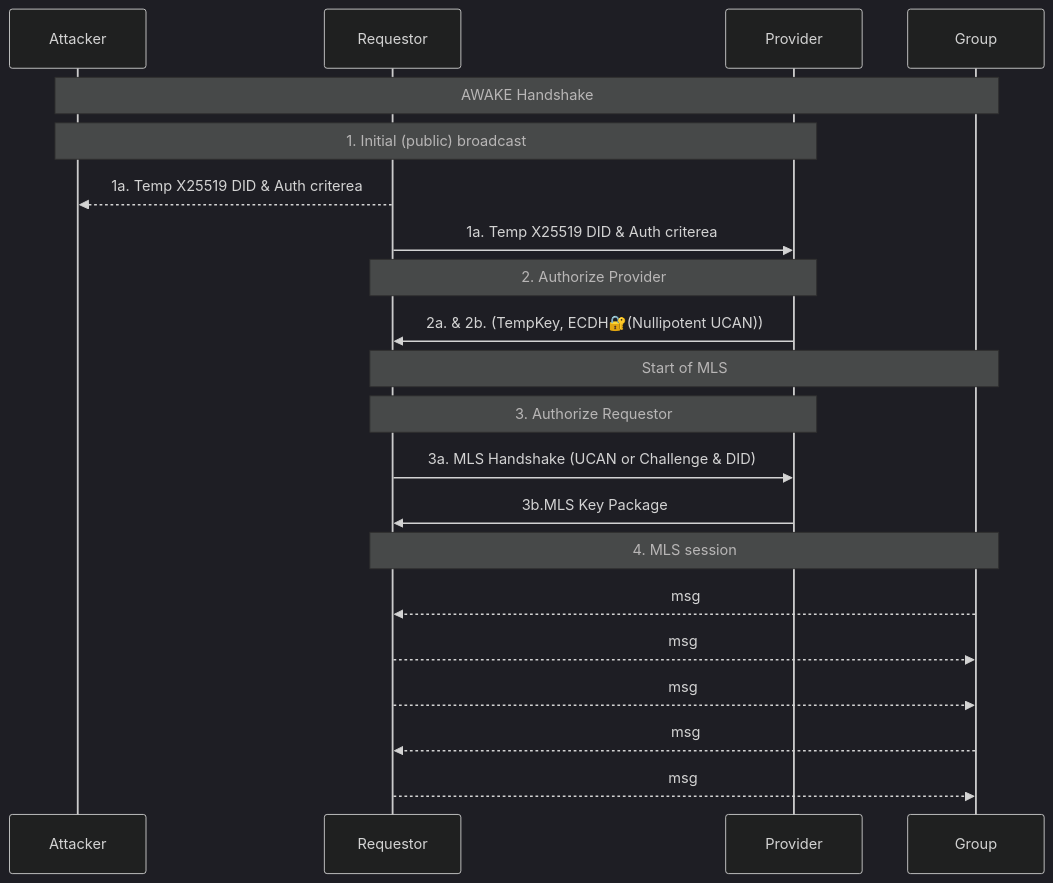
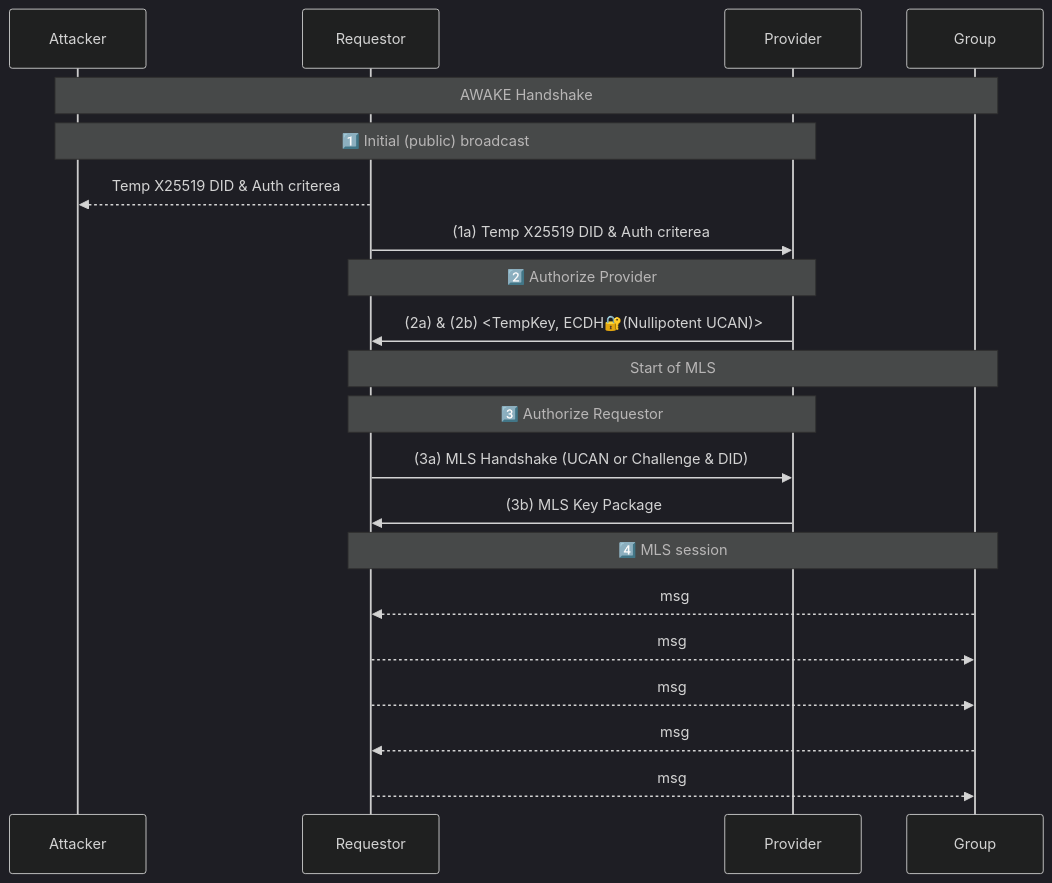
One commit to ucan-wg/awake changed the second of 7 diagrams in README.md. Above: the diagram before and after it, drawn with Mermaid (dark theme).

Commit message:
Some emoji... as a treat!

````diff
--- a/README.md
+++ b/README.md
@@ -138,27 +138,28 @@
-```mermaid
+``` mermaid
 sequenceDiagram
     participant Attacker
     participant Requestor
     participant Provider
     participant Group
 
     Note over Attacker, Group : AWAKE Handshake
-    Note over Attacker, Provider : 1. Initial (public) broadcast
-        Requestor -->> Attacker: 1a. Temp X25519 DID & Auth criterea
-        Requestor ->> Provider: 1a. Temp X25519 DID & Auth criterea
+    Note over Attacker, Provider : 1️⃣ Initial (public) broadcast
 
-    Note over Requestor, Provider: 2. Authorize Provider
-        Provider ->> Requestor: 2a. & 2b. (TempKey, ECDH🔐(Nullipotent UCAN))
+        Requestor -->> Attacker: Temp X25519 DID & Auth criterea
+        Requestor ->> Provider: (1a) Temp X25519 DID & Auth criterea
+
+    Note over Requestor, Provider: 2️⃣ Authorize Provider
+        Provider ->> Requestor: (2a) & (2b) <TempKey, ECDH🔐(Nullipotent UCAN)>
 
     Note over Requestor, Group: Start of MLS
-    Note over Requestor, Provider: 3. Authorize Requestor
-        Requestor ->> Provider: 3a. MLS Handshake (UCAN or Challenge & DID)
-        Provider  ->> Requestor: 3b.MLS Key Package
+    Note over Requestor, Provider: 3️⃣ Authorize Requestor
+        Requestor ->> Provider: (3a) MLS Handshake (UCAN or Challenge & DID)
+        Provider  ->> Requestor: (3b) MLS Key Package
 
-    Note over Requestor, Group: 4. MLS session
+    Note over Requestor, Group: 4️⃣ MLS session
         Group -->> Requestor: msg
         Requestor -->> Group: msg
         Requestor -->> Group: msg
         Group -->> Requestor: msg
         Requestor -->> Group: msg
 ```
````
